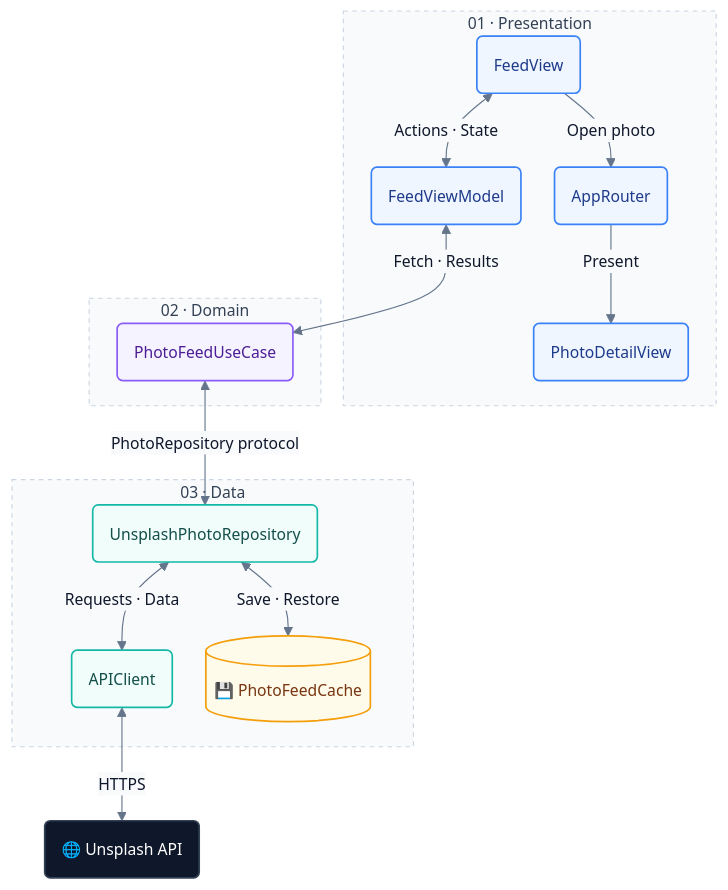
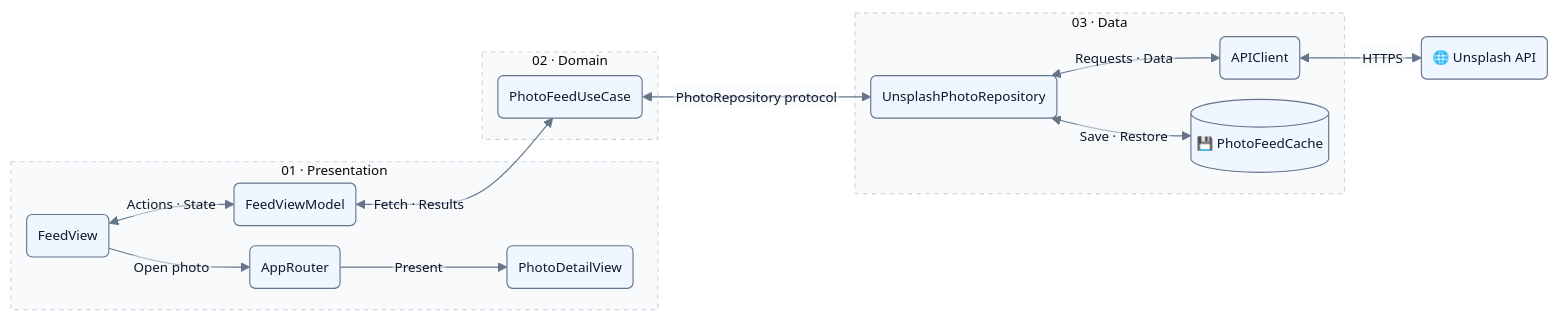
One commit to rahimkhalid/ImageLoaderFeed changed the diagram in README.md. Above: the diagram before and after it, drawn with Mermaid.

````diff
--- a/README.md
+++ b/README.md
@@ -41,38 +42,29 @@
 ```mermaid
-%%{init: {"theme": "base", "themeVariables": {"fontFamily": "Arial, sans-serif", "fontSize": "14px", "lineColor": "#64748B", "primaryTextColor": "#0F172A", "edgeLabelBackground": "#F8FAFC"}, "flowchart": {"curve": "basis", "nodeSpacing": 30, "rankSpacing": 45}}}%%
-flowchart TB
+%%{init: {"theme": "base", "themeVariables": {"fontFamily": "Arial, sans-serif", "fontSize": "12px", "lineColor": "#64748B", "primaryTextColor": "#0F172A", "edgeLabelBackground": "#F8FAFC"}, "flowchart": {"htmlLabels": false, "curve": "basis", "nodeSpacing": 18, "rankSpacing": 28, "padding": 10}}}%%
+flowchart LR
     subgraph Presentation["01 · Presentation"]
         View("FeedView") <-->|Actions · State| VM("FeedViewModel")
         View -->|Open photo| Router("AppRouter")
         Router -->|Present| Detail("PhotoDetailView")
     end
 
     subgraph Domain["02 · Domain"]
         UseCase("PhotoFeedUseCase")
     end
 
     subgraph Data["03 · Data"]
         Repository("UnsplashPhotoRepository") <-->|Requests · Data| Client("APIClient")
         Repository <-->|Save · Restore| Cache[("💾 PhotoFeedCache")]
     end
 
     VM <-->|Fetch · Results| UseCase
     UseCase <-->|PhotoRepository protocol| Repository
     Client <-->|HTTPS| API("🌐 Unsplash API")
 
-    classDef presentation fill:#EFF6FF,stroke:#3B82F6,stroke-width:1.5px,color:#1E3A8A
-    classDef domain fill:#F5F3FF,stroke:#8B5CF6,stroke-width:1.5px,color:#4C1D95
-    classDef data fill:#F0FDFA,stroke:#14B8A6,stroke-width:1.5px,color:#134E4A
-    classDef storage fill:#FFFBEB,stroke:#F59E0B,stroke-width:1.5px,color:#78350F
-    classDef external fill:#0F172A,stroke:#334155,stroke-width:1.5px,color:#FFFFFF
-
-    class View,VM,Router,Detail presentation
-    class UseCase domain
-    class Repository,Client data
-    class Cache storage
-    class API external
+    classDef component fill:#EFF6FF,stroke:#64748B,stroke-width:1px,color:#0F172A
+    class View,VM,Router,Detail,UseCase,Repository,Client,Cache,API component
 
     style Presentation fill:#F8FAFC,stroke:#CBD5E1,stroke-dasharray:4 4,color:#334155
     style Domain fill:#F8FAFC,stroke:#CBD5E1,stroke-dasharray:4 4,color:#334155
     style Data fill:#F8FAFC,stroke:#CBD5E1,stroke-dasharray:4 4,color:#334155
 ```
````
